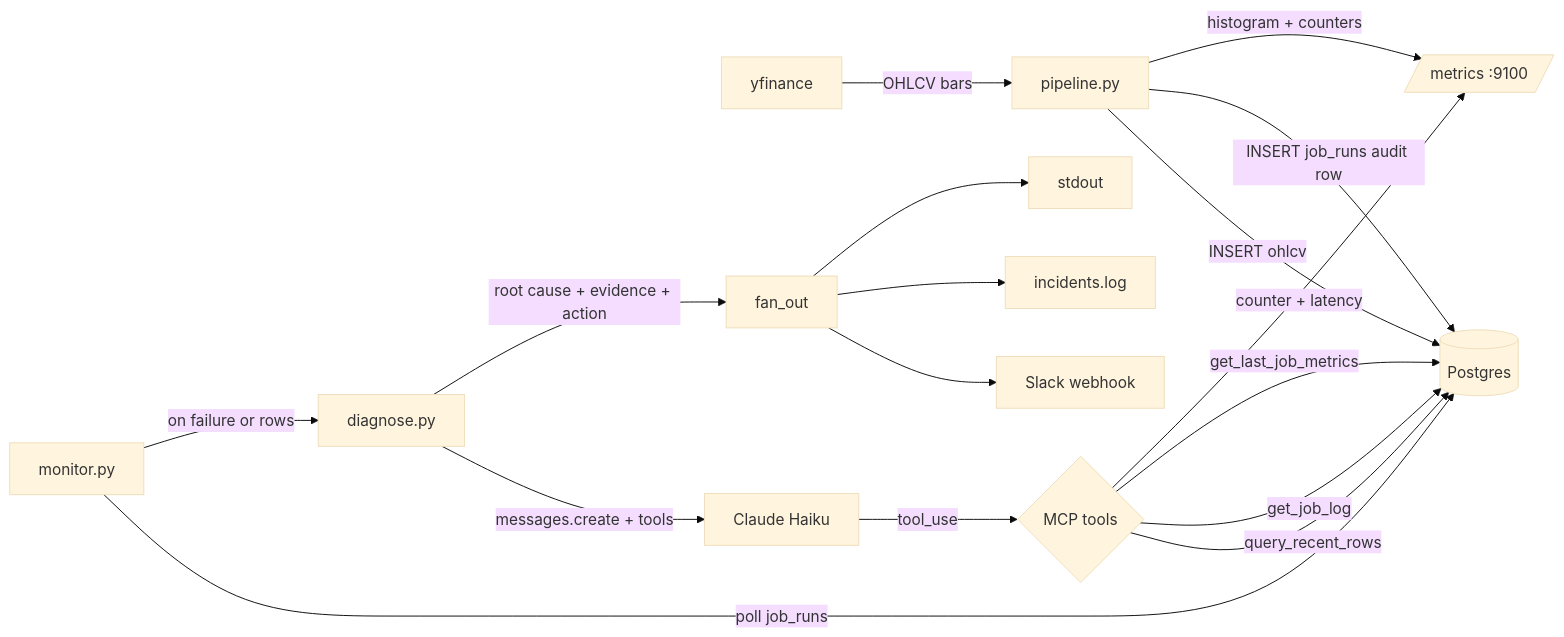
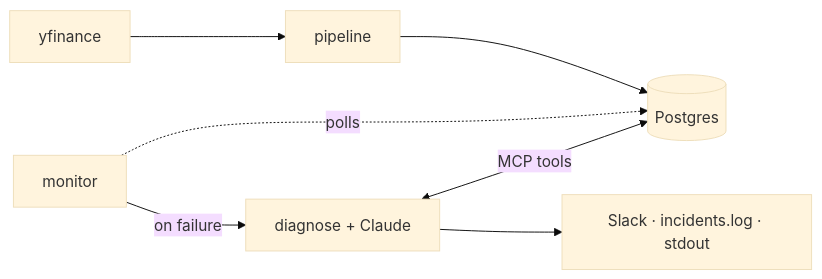
The diagram in docs/architecture.md (TanmayKhot/JobWatch), drawn with Mermaid (base theme) before and after one commit. The commit also changed other lines of this file and 3 other files, not shown here.

Commit message:
Updated architecture and added project walkthrough

````diff
--- a/docs/architecture.md
+++ b/docs/architecture.md
@@ -3,22 +3,9 @@
 ```mermaid
 flowchart LR
-    Y[yfinance] -->|OHLCV bars| P[pipeline.py]
-    P -->|INSERT ohlcv| DB[(Postgres)]
-    P -->|INSERT job_runs audit row| DB
-    P -->|histogram + counters| M[/metrics :9100/]
-
-    MON[monitor.py] -->|poll job_runs| DB
-    MON -->|on failure or rows<threshold| D[diagnose.py]
-
-    D -->|messages.create + tools| LLM[Claude Haiku]
-    LLM -->|tool_use| TOOLS{MCP tools}
-    TOOLS -->|query_recent_rows| DB
-    TOOLS -->|get_job_log| DB
-    TOOLS -->|get_last_job_metrics| DB
-    TOOLS -->|counter + latency| M
-
-    D -->|root cause + evidence + action| F[fan_out]
-    F --> S[Slack webhook]
-    F --> L[incidents.log]
-    F --> O[stdout]
+    Y[yfinance] --> P[pipeline]
+    P --> DB[(Postgres)]
+    MON[monitor] -. polls .-> DB
+    MON -->|on failure| D[diagnose + Claude]
+    D <-->|MCP tools| DB
+    D --> A[Slack · incidents.log · stdout]
 ```
````
